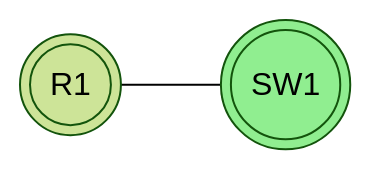
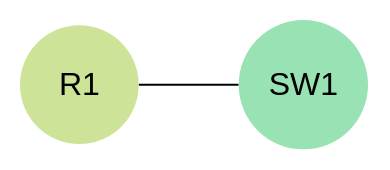
The second of 2 diagrams in Starterguide/Starter guide.md (DenDanskeMine/Retype), drawn with Mermaid (forest theme) before and after one commit. The commit also changed other lines of this file and 2 other files, not shown here.

````diff
--- a/Starterguide/Starter guide.md
+++ b/Starterguide/Starter guide.md
@@ -29,5 +30,6 @@
 ```mermaid
 flowchart LR
-	1((("R1"))) --- 2((("SW1")))
-	style 2 fill:lightgreen
+	1((("&nbsp;R1&nbsp;"))) --- 2((("SW1")))
+	style 1 stroke-width: 0px
+	style 2 fill:#99e2b4,stroke-width: 0px
 ```
````
